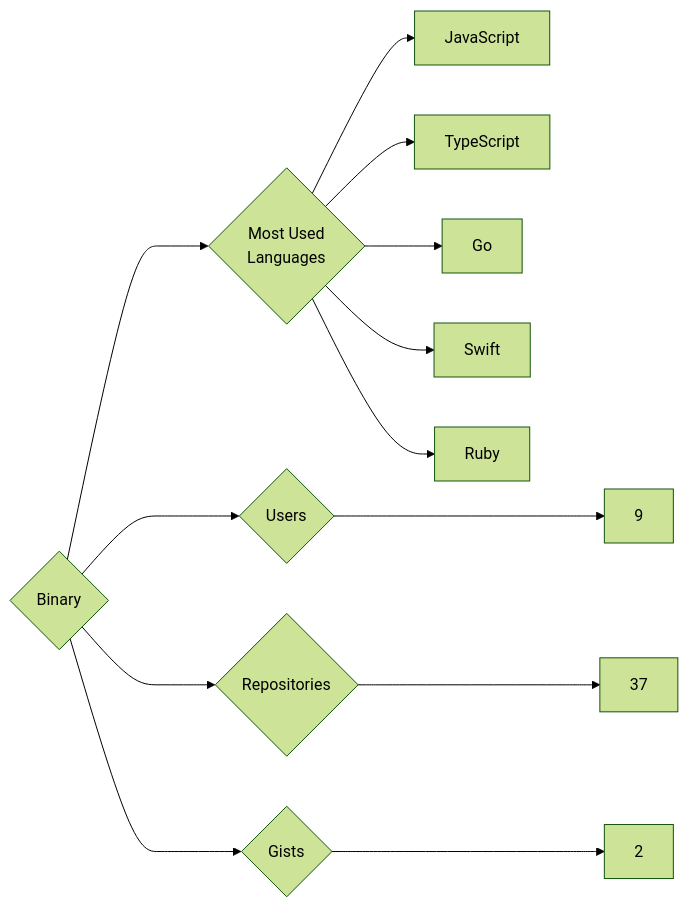
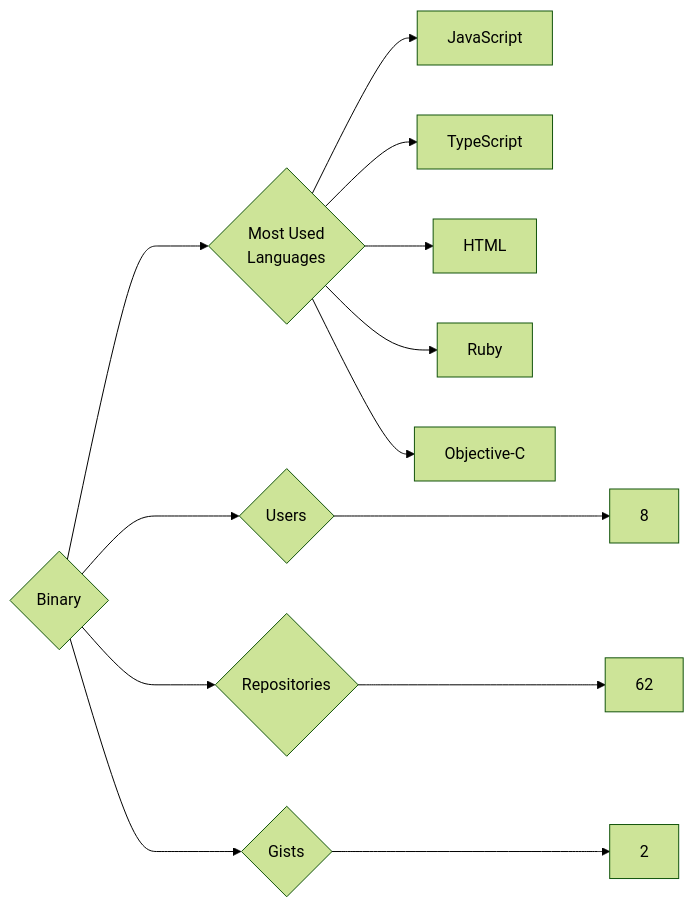
One commit to trickest/insiders changed the diagram in targets/Binary/README.md. Above: the diagram before and after it, drawn with Mermaid (forest theme). The commit also changed 1212 other files, not shown here.

````diff
--- a/targets/Binary/README.md
+++ b/targets/Binary/README.md
@@ -3,13 +3,13 @@
 ```mermaid
 graph LR
 COMPANY_NAME{Binary}
-COMPANY_NAME ---> U{Users} ---> UN[9]
-COMPANY_NAME ---> R{Repositories} ---> RN[37]
+COMPANY_NAME ---> U{Users} ---> UN[8]
+COMPANY_NAME ---> R{Repositories} ---> RN[62]
 COMPANY_NAME ---> G{Gists} ---> GN[2]
 COMPANY_NAME ---> ML{Most Used<br>Languages}
 ML --> JavaScript[JavaScript]
 ML --> TypeScript[TypeScript]
-ML --> Go[Go]
-ML --> Swift[Swift]
+ML --> HTML[HTML]
 ML --> Ruby[Ruby]
+ML --> Objective-C[Objective-C]
 ```
````
